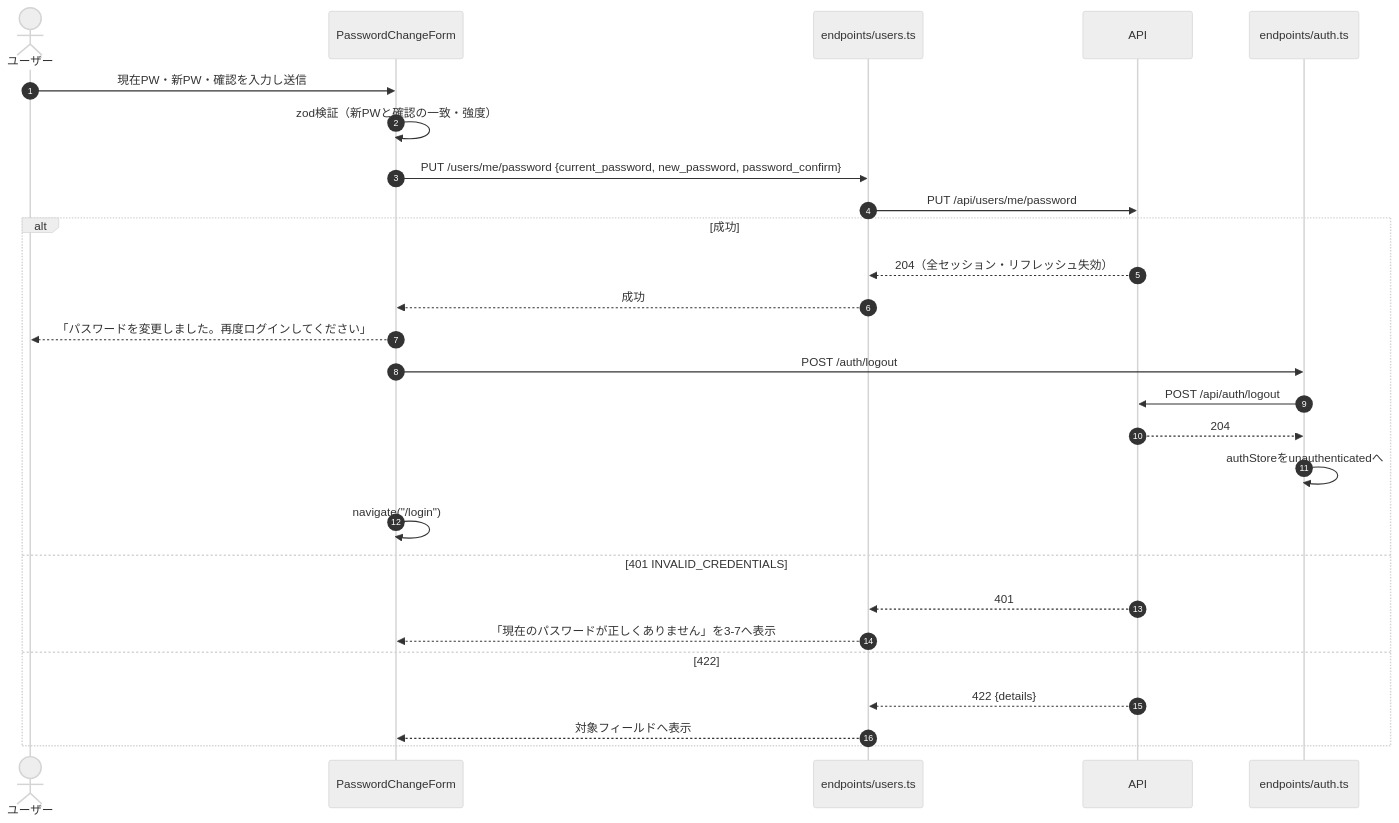
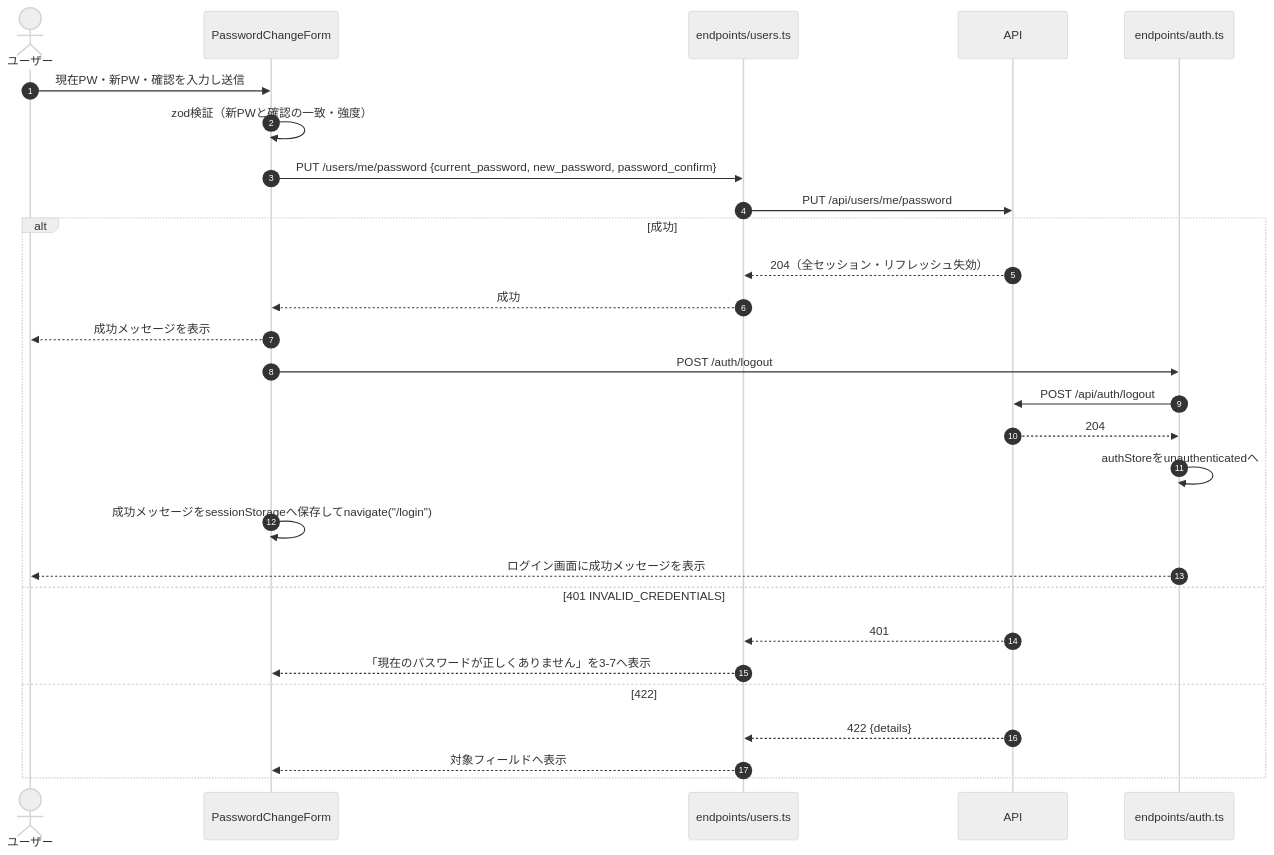
The third of 5 diagrams in docs/detailed_design/screen/09_settings.md (oikawa-d/task_management), drawn with Mermaid (neutral theme) before and after one commit. The commit also changed other lines of this file and 4 other files, not shown here.

````diff
--- a/docs/detailed_design/screen/09_settings.md
+++ b/docs/detailed_design/screen/09_settings.md
@@ -159,30 +159,31 @@
 ```mermaid
 sequenceDiagram
     autonumber
     actor U as ユーザー
     participant PWF as PasswordChangeForm
     participant EP as endpoints/users.ts
     participant API as API
     participant AUTH as endpoints/auth.ts
 
     U->>PWF: 現在PW・新PW・確認を入力し送信
     PWF->>PWF: zod検証（新PWと確認の一致・強度）
     PWF->>EP: PUT /users/me/password {current_password, new_password, password_confirm}
     EP->>API: PUT /api/users/me/password
     alt 成功
         API-->>EP: 204（全セッション・リフレッシュ失効）
         EP-->>PWF: 成功
-        PWF-->>U: 「パスワードを変更しました。再度ログインしてください」
+        PWF-->>U: 成功メッセージを表示
         PWF->>AUTH: POST /auth/logout
         AUTH->>API: POST /api/auth/logout
         API-->>AUTH: 204
         AUTH->>AUTH: authStoreをunauthenticatedへ
-        PWF->>PWF: navigate("/login")
+        PWF->>PWF: 成功メッセージをsessionStorageへ保存してnavigate("/login")
+        AUTH-->>U: ログイン画面に成功メッセージを表示
     else 401 INVALID_CREDENTIALS
         API-->>EP: 401
         EP-->>PWF: 「現在のパスワードが正しくありません」を3-7へ表示
     else 422
         API-->>EP: 422 {details}
         EP-->>PWF: 対象フィールドへ表示
     end
 ```
````
